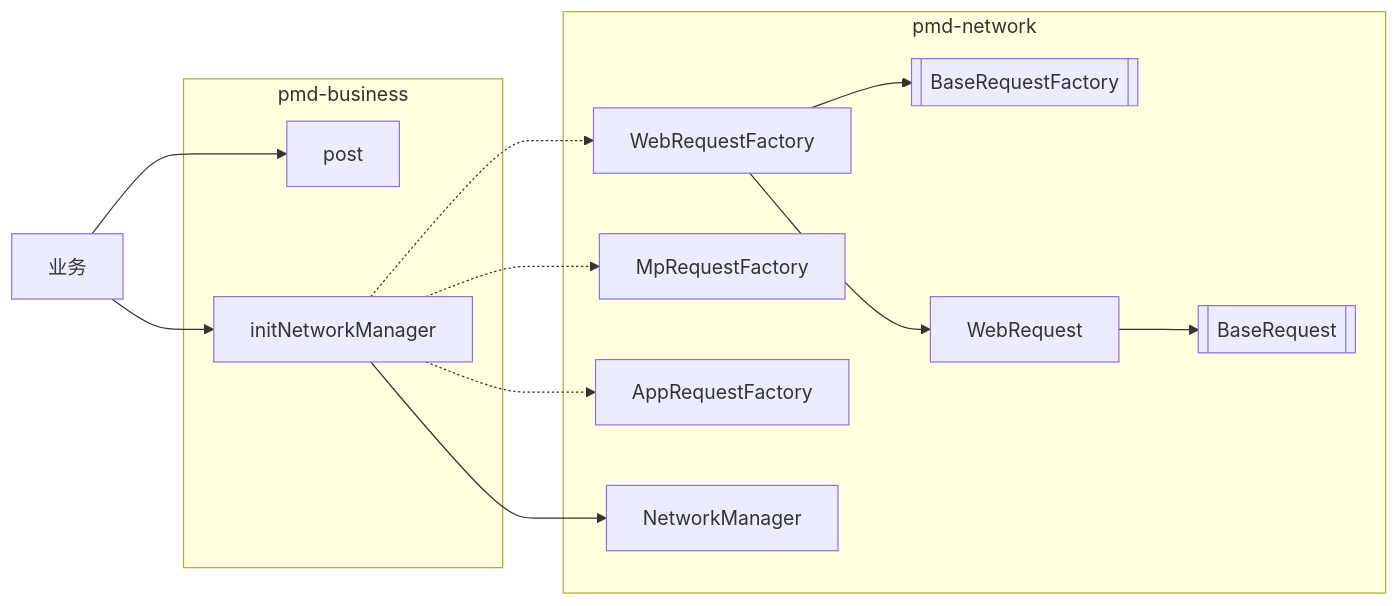
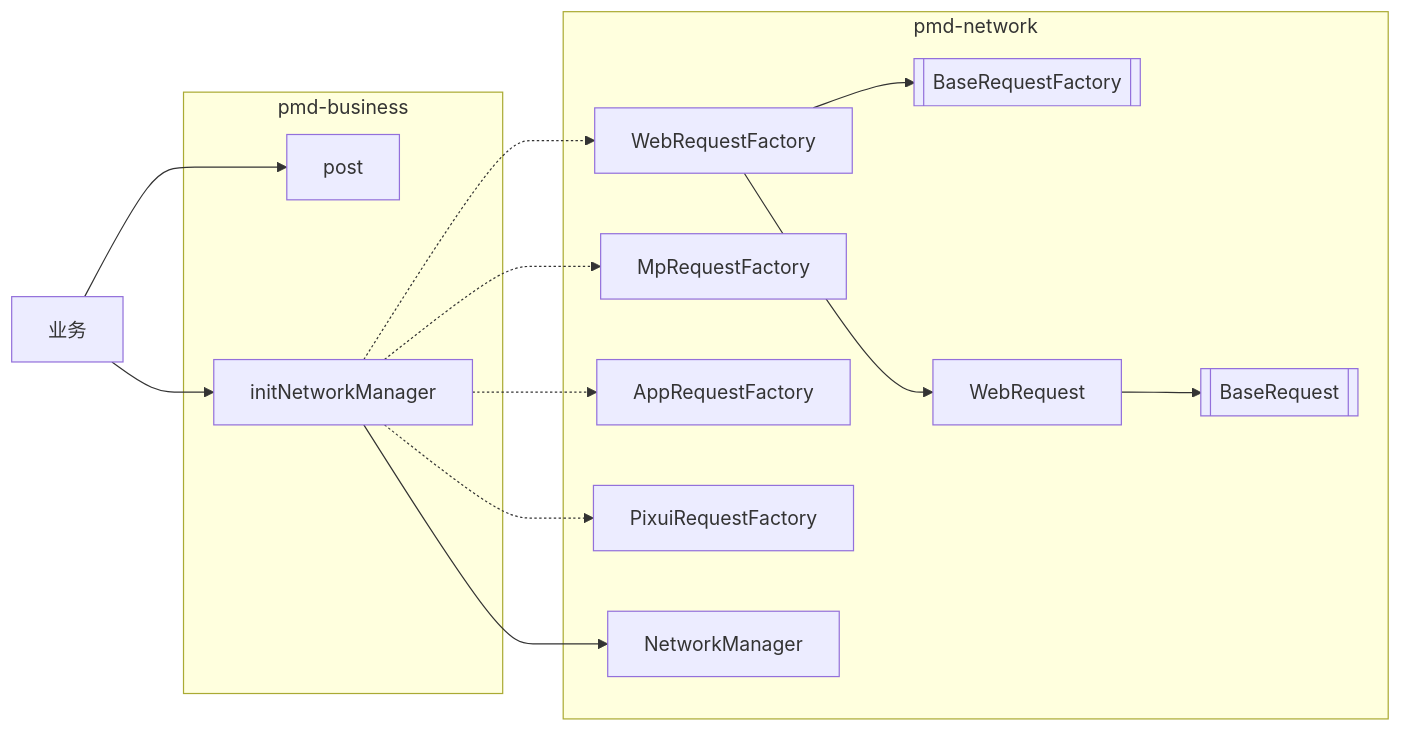
One commit to novlan1/notes changed the fifth of 8 diagrams in docs/work/119.pmd-article.md. Above: the diagram before and after it, drawn with Mermaid. The commit also changed other lines of this file and 7 other files, not shown here.

````diff
--- a/docs/work/119.pmd-article.md
+++ b/docs/work/119.pmd-article.md
@@ -183,32 +192,34 @@
 ```mermaid
 graph LR
 business[业务] --> post
 business --> initNetworkManager
 
 initNetworkManager -.-> WebRequestFactory
 initNetworkManager -.-> MpRequestFactory
 initNetworkManager -.-> AppRequestFactory
+initNetworkManager -.-> PixuiRequestFactory
 initNetworkManager --> NetworkManager
 
 WebRequestFactory --> BaseRequestFactory[[BaseRequestFactory]]
 WebRequestFactory --> WebRequest
 
 WebRequest --> BaseRequest[[BaseRequest]]
 
 subgraph pmdNetwork[pmd-network]
 WebRequestFactory
 MpRequestFactory
 AppRequestFactory
+PixuiRequestFactory
 
 NetworkManager
 
 WebRequest
 BaseRequest
 BaseRequestFactory
 end
 
 subgraph pmdBusiness[pmd-business]
 post
 initNetworkManager
 end
 ```
````
